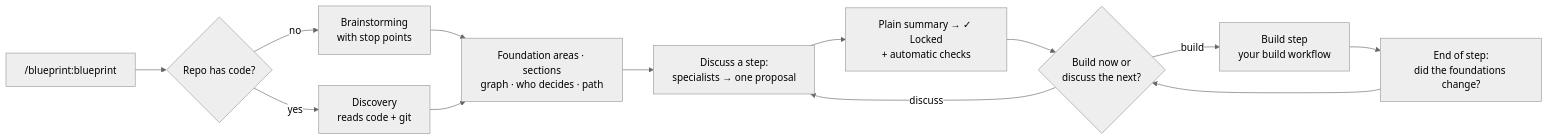
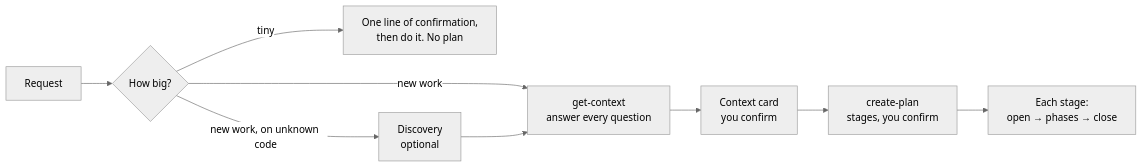
Before and after one commit to FreddyZeta1847/blueprint: the diagram in README.md, drawn with Mermaid (neutral theme). The commit also changed other lines of this file and 40 other files, not shown here.

First line of the commit message:
Blueprint 3.0: context questions, plan in stages, one loop per stage type

````diff
--- a/README.md
+++ b/README.md
@@ -33,15 +33,11 @@
 ```mermaid
 flowchart LR
-    A["/blueprint:blueprint"] --> B{Repo has code?}
-    B -- no --> C[Brainstorming<br/>with stop points]
-    B -- yes --> D[Discovery<br/>reads code + git]
-    C --> E[Foundation areas · sections<br/>graph · who decides · path]
-    D --> E
-    E --> F[Discuss a step:<br/>specialists → one proposal]
-    F --> G["Plain summary → ✓ Locked<br/>+ automatic checks"]
-    G --> H{Build now or<br/>discuss the next?}
-    H -- discuss --> F
-    H -- build --> I[Build step<br/>your build workflow]
-    I --> J["End of step:<br/>did the foundations change?"]
-    J --> H
+    A[Request] --> B{How big?}
+    B -- tiny --> T[One line of confirmation,<br/>then do it. No plan]
+    B -- "new work, on unknown code" --> D[Discovery<br/>optional]
+    B -- new work --> C[get-context<br/>answer every question]
+    D --> C
+    C --> K[Context card<br/>you confirm]
+    K --> P[create-plan<br/>stages, you confirm]
+    P --> S[Each stage:<br/>open → phases → close]
 ```
````
